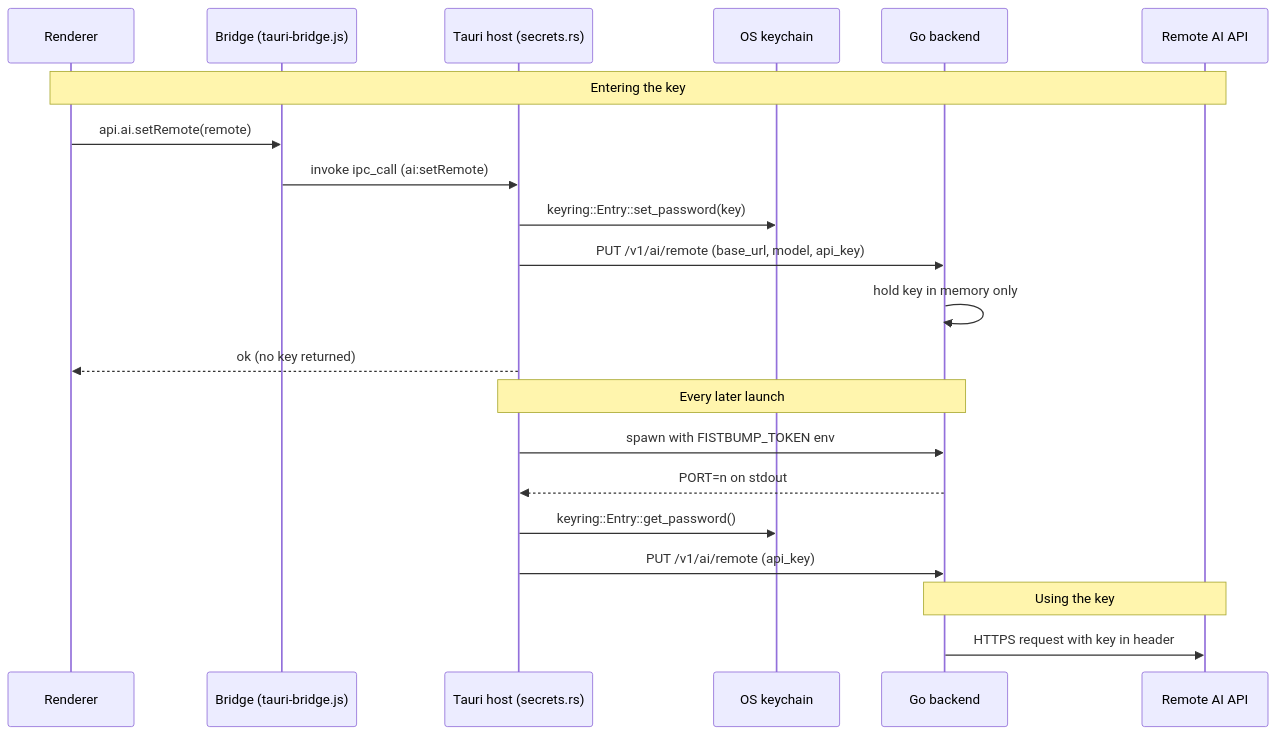
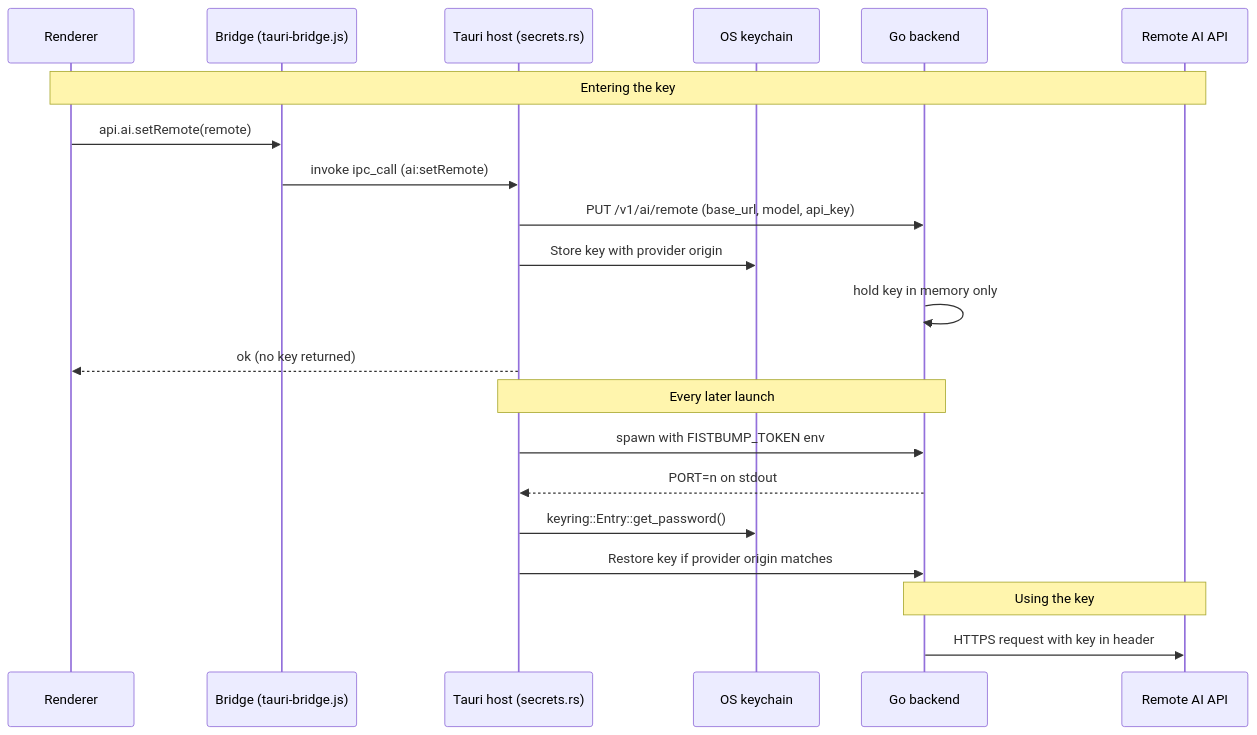
Before and after one commit to tlmcguire/fistbump: the eighth of 8 diagrams in docs/architecture.md, drawn with Mermaid. The commit also changed other lines of this file and 107 other files, not shown here.

````diff
--- a/docs/architecture.md
+++ b/docs/architecture.md
@@ -427,26 +431,26 @@
 ```mermaid
 sequenceDiagram
     participant R as Renderer
     participant P as Bridge (tauri-bridge.js)
     participant M as Tauri host (secrets.rs)
     participant D as OS keychain
     participant G as Go backend
     participant A as Remote AI API
 
     Note over R,A: Entering the key
     R->>P: api.ai.setRemote(remote)
     P->>M: invoke ipc_call (ai:setRemote)
-    M->>D: keyring::Entry::set_password(key)
     M->>G: PUT /v1/ai/remote (base_url, model, api_key)
+    M->>D: Store key with provider origin
     G->>G: hold key in memory only
     M-->>R: ok (no key returned)
 
     Note over M,G: Every later launch
     M->>G: spawn with FISTBUMP_TOKEN env
     G-->>M: PORT=n on stdout
     M->>D: keyring::Entry::get_password()
-    M->>G: PUT /v1/ai/remote (api_key)
+    M->>G: Restore key if provider origin matches
 
     Note over G,A: Using the key
     G->>A: HTTPS request with key in header
 ```
````
